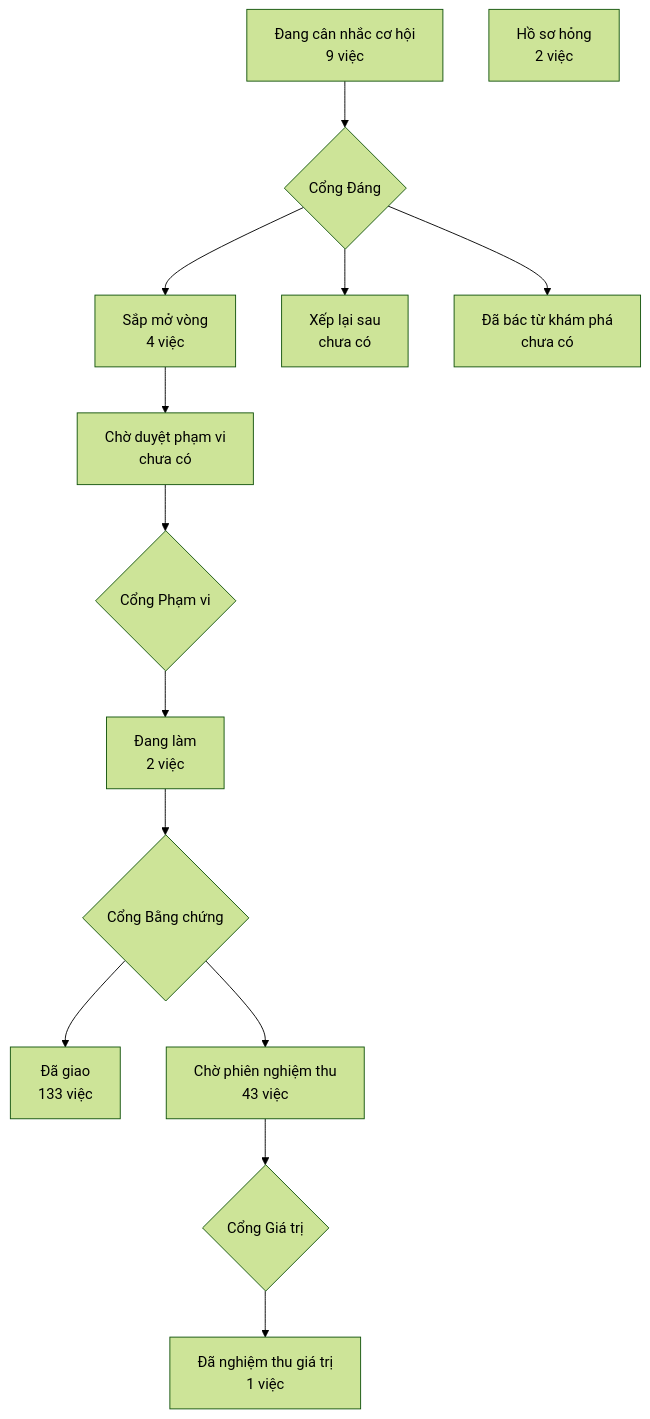
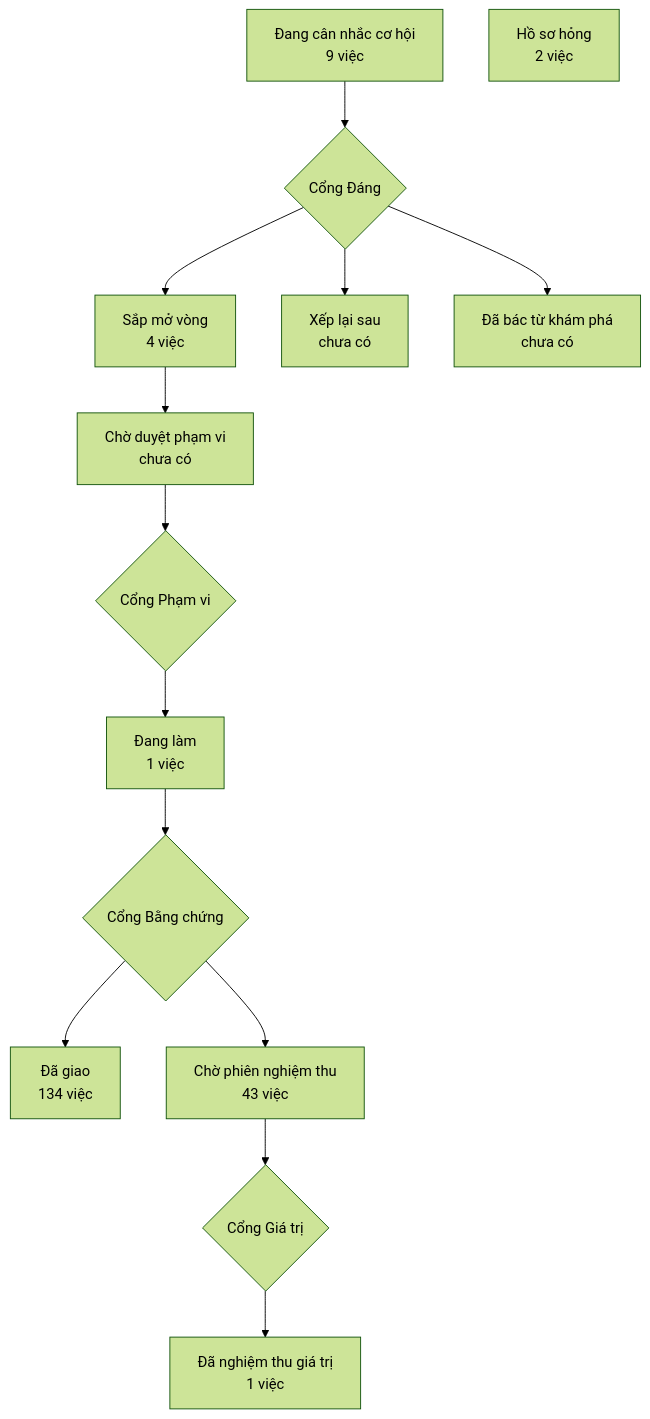
One commit to phanlemanh/crm-onehub changed the diagram in PRODUCT-MAP.md. Above: the diagram before and after it, drawn with Mermaid (forest theme). The commit also changed 6 other files, not shown here.

````diff
--- a/PRODUCT-MAP.md
+++ b/PRODUCT-MAP.md
@@ -7,13 +7,13 @@
 ```mermaid
 flowchart TD
   A["Đang cân nhắc cơ hội<br/>9 việc"] --> GD{"Cổng Đáng"}
   GD --> B["Sắp mở vòng<br/>4 việc"]
   GD --> XL["Xếp lại sau<br/>chưa có"]
   GD --> DB["Đã bác từ khám phá<br/>chưa có"]
   B --> CD["Chờ duyệt phạm vi<br/>chưa có"] --> GP{"Cổng Phạm vi"}
-  GP --> DL["Đang làm<br/>2 việc"] --> GB{"Cổng Bằng chứng"}
-  GB --> DG["Đã giao<br/>133 việc"]
+  GP --> DL["Đang làm<br/>1 việc"] --> GB{"Cổng Bằng chứng"}
+  GB --> DG["Đã giao<br/>134 việc"]
   GB --> CN["Chờ phiên nghiệm thu<br/>43 việc"] --> GG{"Cổng Giá trị"}
   GG --> NT["Đã nghiệm thu giá trị<br/>1 việc"]
   HS["Hồ sơ hỏng<br/>2 việc"]
 ```
````
